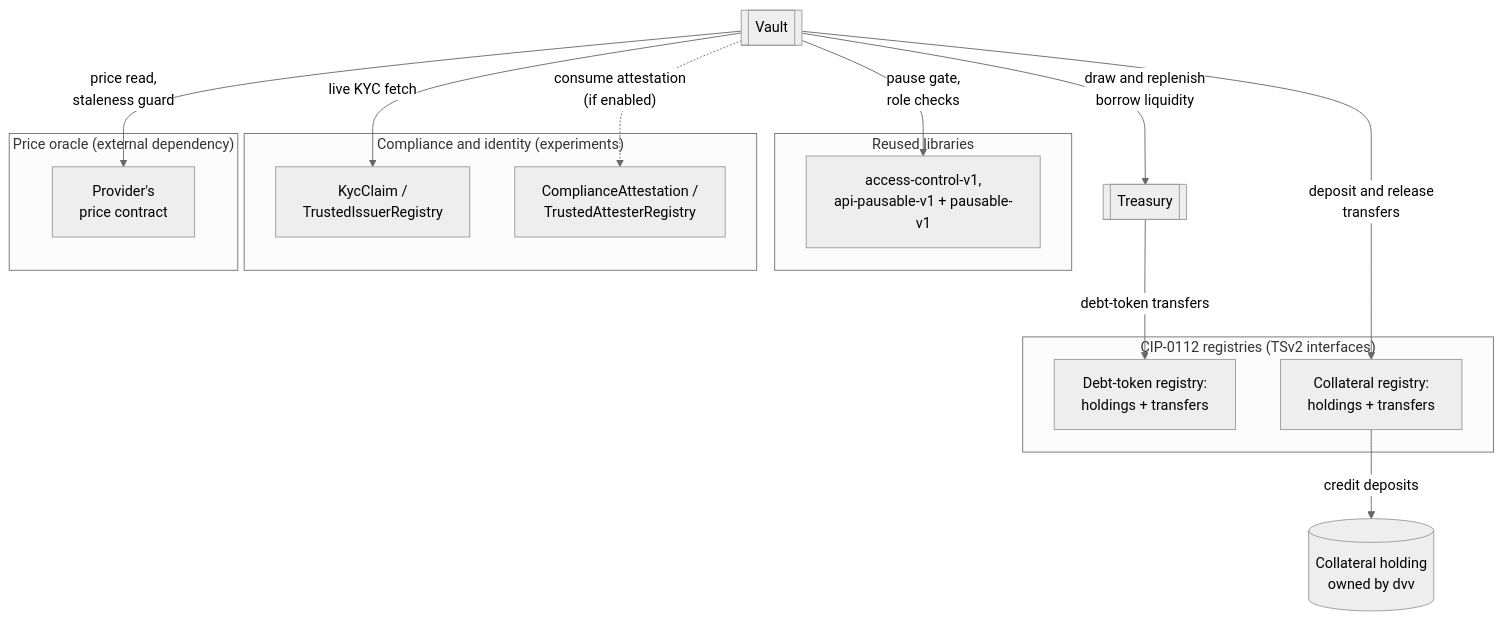
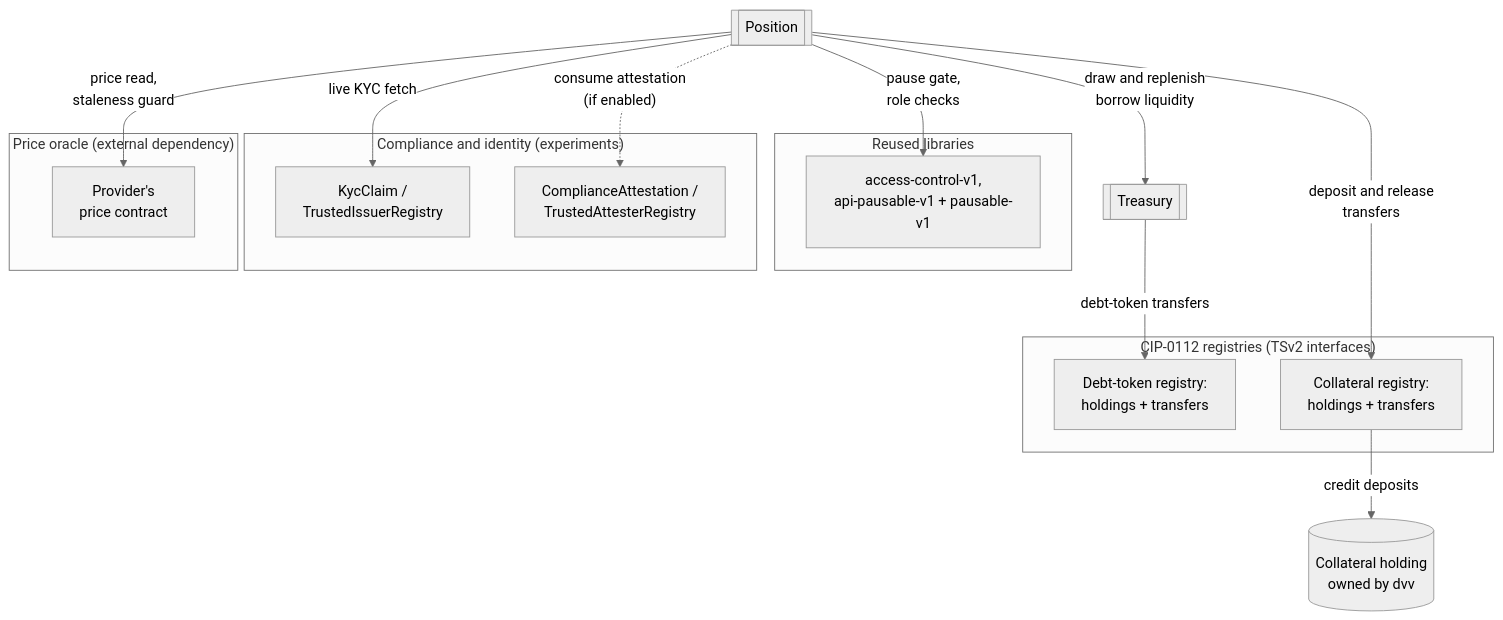
Before and after one commit to OpenZeppelin/canton-specs: the second of 8 diagrams in docs/reference-architectures/lending.md, drawn with Mermaid (neutral theme). The commit also changed other lines of this file, not shown here.

Commit message:
Change VaultFactory and Vault to PositionFactory and Position.

````diff
--- a/docs/reference-architectures/lending.md
+++ b/docs/reference-architectures/lending.md
@@ -168,33 +163,33 @@
 ```mermaid
 flowchart TB
-    Vault[["Vault"]]
+    Position[["Position"]]
     Treasury[["Treasury"]]
     Collateral[("Collateral holding<br/>owned by dvv")]
 
     subgraph Libraries["Reused libraries"]
         Gov["access-control-v1,<br/>api-pausable-v1 + pausable-v1"]
     end
 
     subgraph Identity["Compliance and identity (experiments)"]
         Kyc["KycClaim /<br/>TrustedIssuerRegistry"]
         Att["ComplianceAttestation /<br/>TrustedAttesterRegistry"]
     end
 
     subgraph Rail["CIP-0112 registries (TSv2 interfaces)"]
         Debt["Debt-token registry:<br/>holdings + transfers"]
         Coll["Collateral registry:<br/>holdings + transfers"]
     end
 
     subgraph Price["Price oracle (external dependency)"]
         Oracle["Provider's<br/>price contract"]
     end
 
-    Vault -->|"price read,<br/>staleness guard"| Oracle
-    Vault -->|"pause gate,<br/>role checks"| Gov
-    Vault -->|"live KYC fetch"| Kyc
-    Vault -->|"draw and replenish<br/>borrow liquidity"| Treasury
+    Position -->|"price read,<br/>staleness guard"| Oracle
+    Position -->|"pause gate,<br/>role checks"| Gov
+    Position -->|"live KYC fetch"| Kyc
+    Position -->|"draw and replenish<br/>borrow liquidity"| Treasury
     Treasury -->|"debt-token transfers"| Debt
-    Vault -.->|"consume attestation<br/>(if enabled)"| Att
-    Vault -->|"deposit and release<br/>transfers"| Coll
+    Position -.->|"consume attestation<br/>(if enabled)"| Att
+    Position -->|"deposit and release<br/>transfers"| Coll
     Coll -->|"credit deposits"| Collateral
 ```
````
